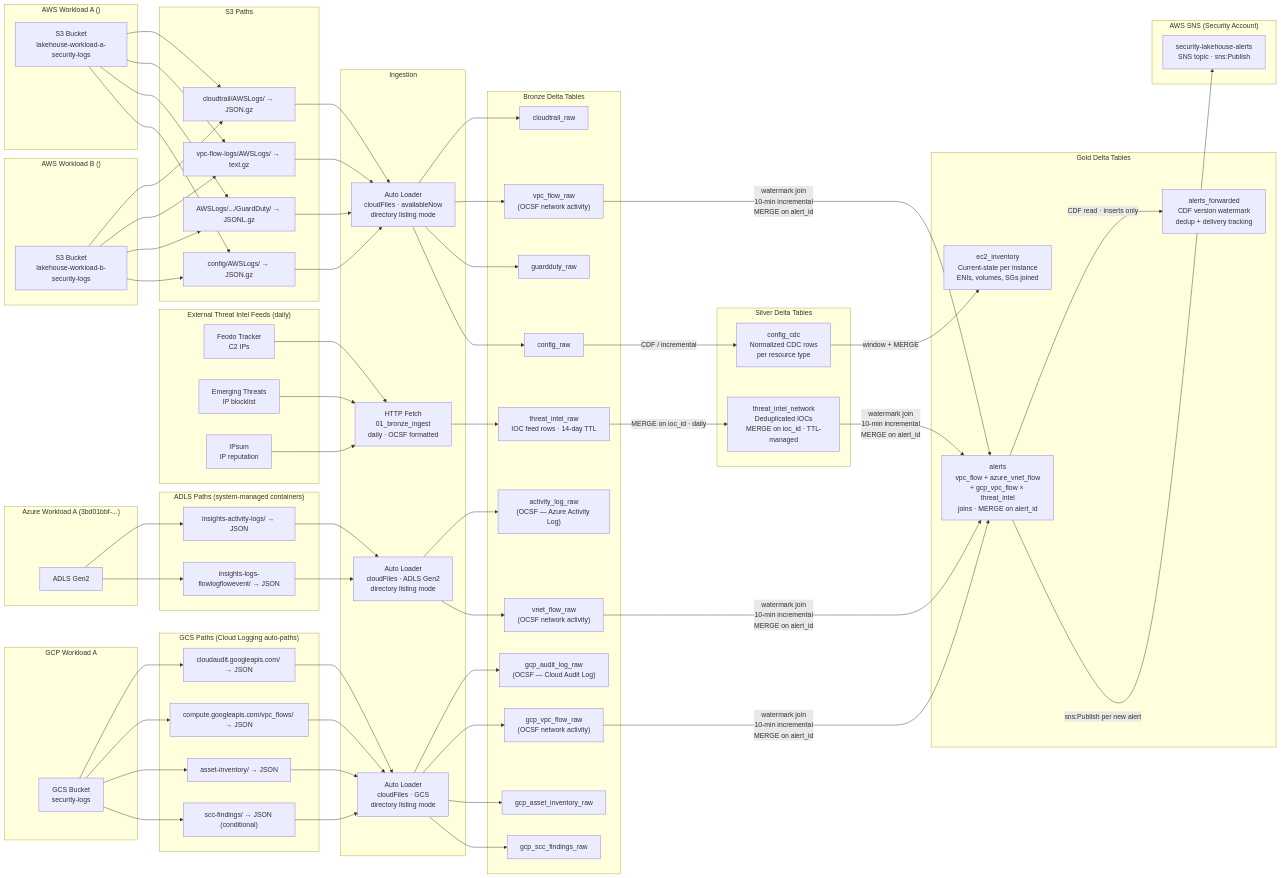
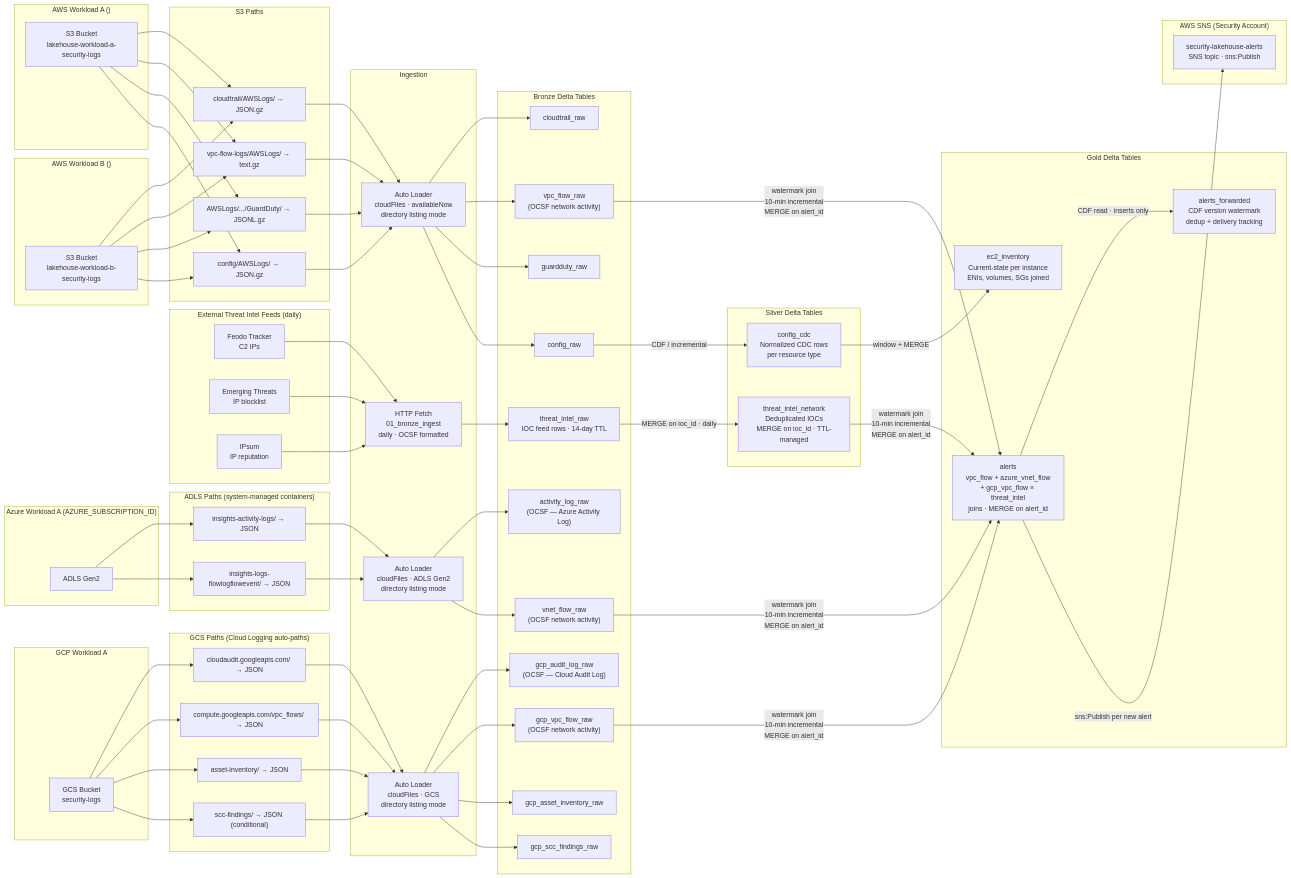
The third of 4 diagrams in architecture_diagram.md (snk5125/security-data-platform), drawn with Mermaid before and after one commit. The commit also changed other lines of this file and 3 other files, not shown here.

First line of the commit message:
fix: revert VNet flow logs to HNS account, fix truncated subscription ID

```diff
--- a/architecture_diagram.md
+++ b/architecture_diagram.md
@@ -374,7 +374,7 @@
         S3B["S3 Bucket<br/>lakehouse-workload-b-security-logs"]
     end
 
-    subgraph "Azure Workload A (3bd01bbf-...)"
+    subgraph "Azure Workload A (AZURE_SUBSCRIPTION_ID)"
         ADLSA["ADLS Gen2<br/><AZURE_LOGS_STORAGE_ACCOUNT>"]
     end
 
```
